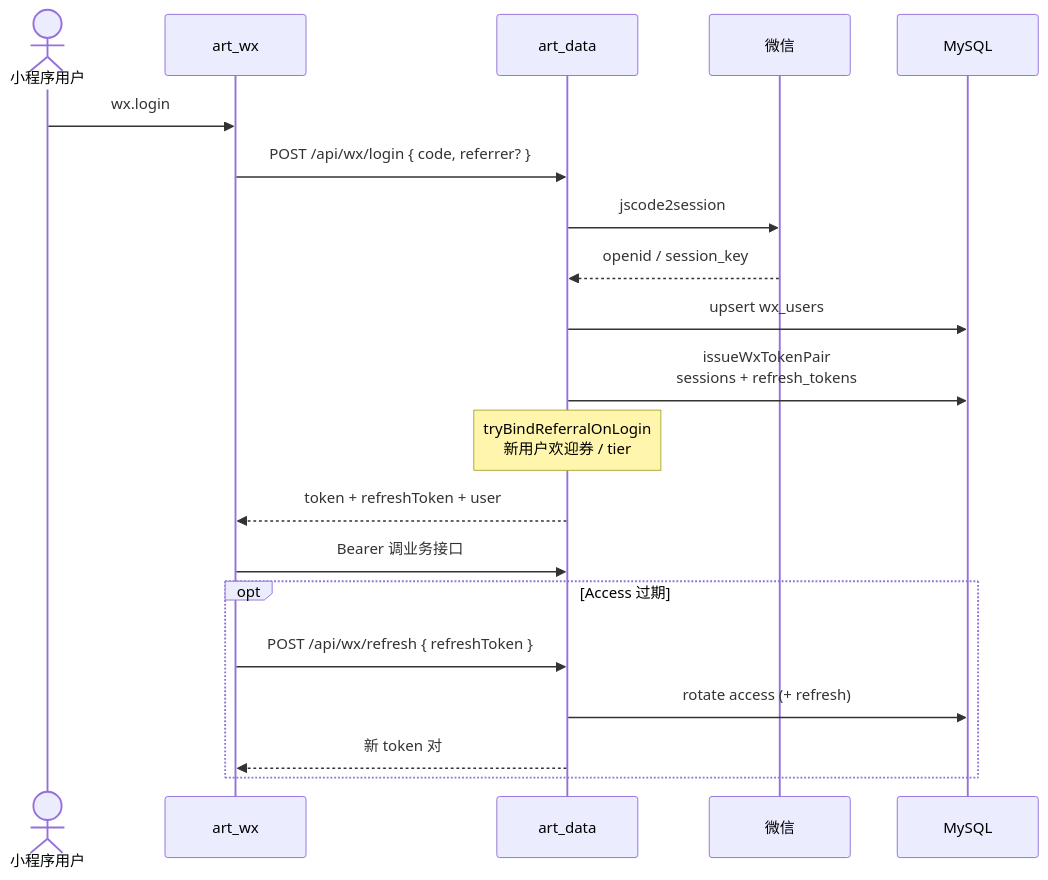
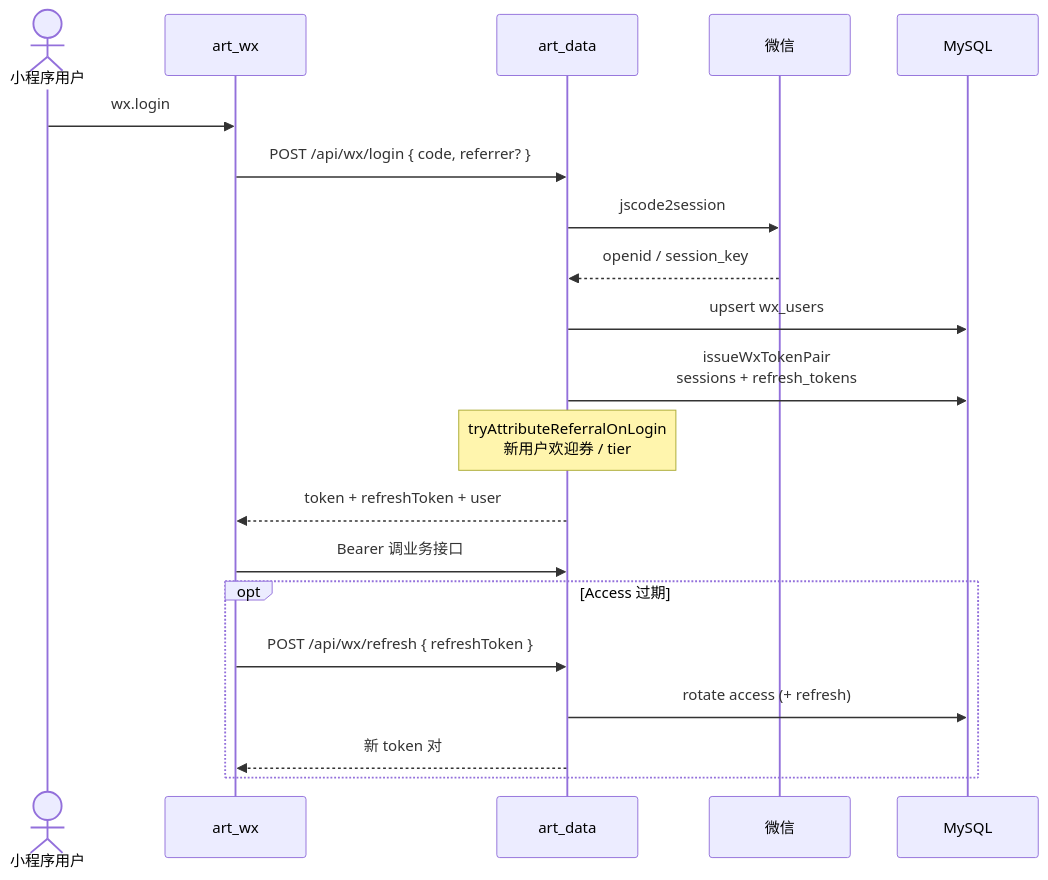
The first of 8 diagrams in docs/SEQUENCES.md (bei123/art_data), drawn with Mermaid before and after one commit. The commit also changed other lines of this file and 13 other files, not shown here.

````diff
--- a/docs/SEQUENCES.md
+++ b/docs/SEQUENCES.md
@@ -21,24 +21,24 @@
 ```mermaid
 sequenceDiagram
   actor U as 小程序用户
   participant MP as art_wx
   participant API as art_data
   participant WX as 微信
   participant DB as MySQL
 
   U->>MP: wx.login
   MP->>API: POST /api/wx/login { code, referrer? }
   API->>WX: jscode2session
   WX-->>API: openid / session_key
   API->>DB: upsert wx_users
   API->>DB: issueWxTokenPair<br/>sessions + refresh_tokens
-  Note over API: tryBindReferralOnLogin<br/>新用户欢迎券 / tier
+  Note over API: tryAttributeReferralOnLogin<br/>新用户欢迎券 / tier
   API-->>MP: token + refreshToken + user
   MP->>API: Bearer 调业务接口
 
   opt Access 过期
     MP->>API: POST /api/wx/refresh { refreshToken }
     API->>DB: rotate access (+ refresh)
     API-->>MP: 新 token 对
   end
 ```
````
